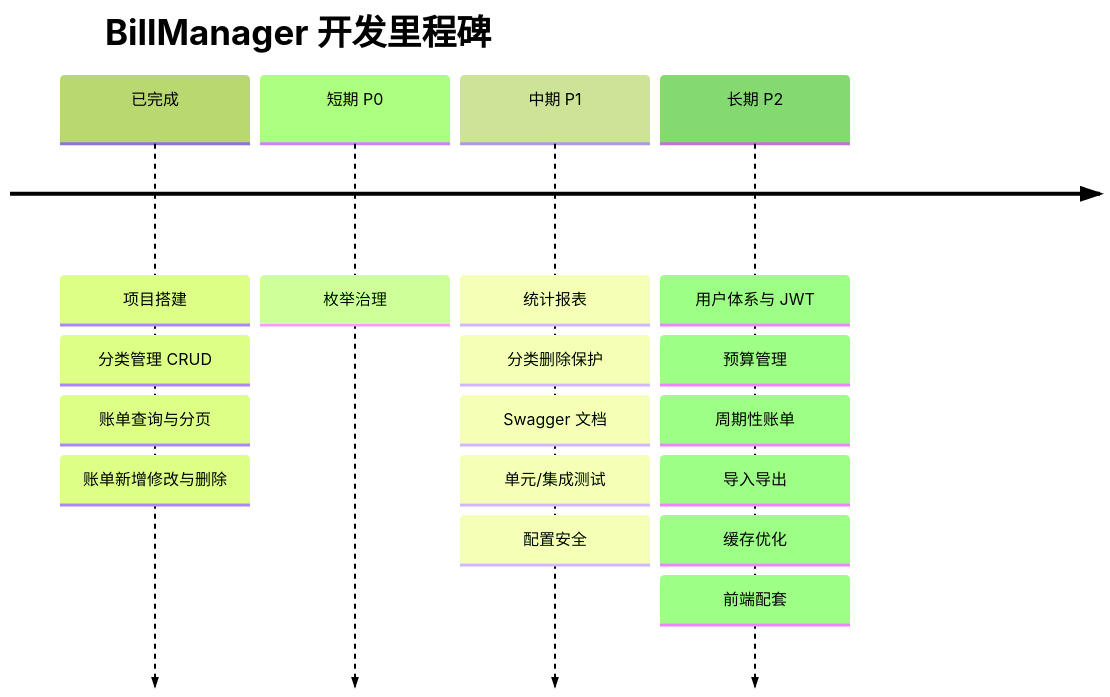
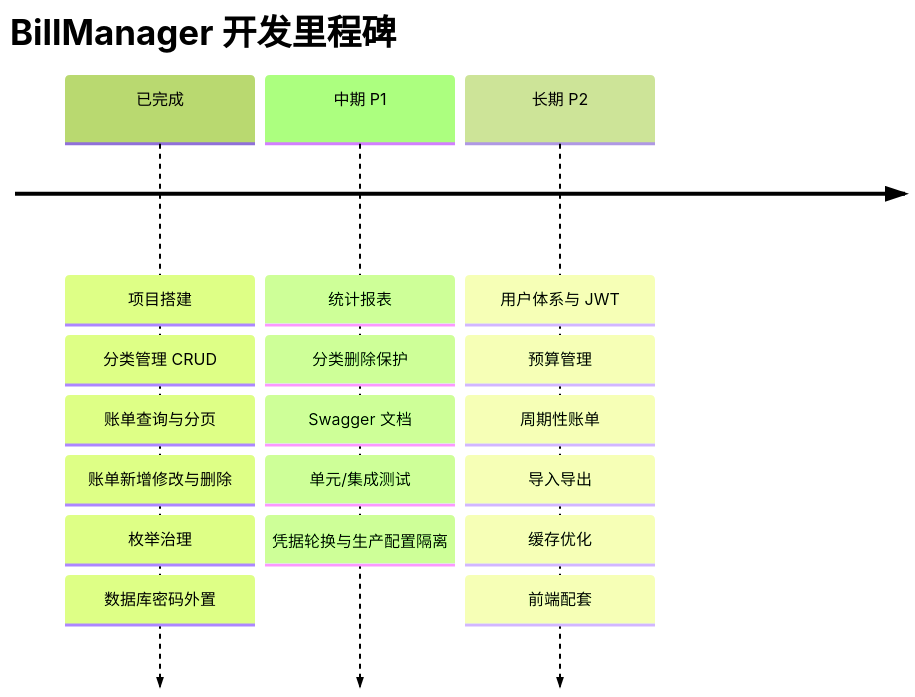
The diagram in docs/未来开发规划.md (19604557341/BillManager), drawn with Mermaid (forest theme) before and after one commit. The commit also changed other lines of this file and 5 other files, not shown here.

````diff
--- a/docs/未来开发规划.md
+++ b/docs/未来开发规划.md
@@ -112,8 +127,7 @@
 ```mermaid
 timeline
     title BillManager 开发里程碑
-    已完成 : 项目搭建 : 分类管理 CRUD : 账单查询与分页 : 账单新增修改与删除
-    短期 P0 : 枚举治理
-    中期 P1 : 统计报表 : 分类删除保护 : Swagger 文档 : 单元/集成测试 : 配置安全
+    已完成 : 项目搭建 : 分类管理 CRUD : 账单查询与分页 : 账单新增修改与删除 : 枚举治理 : 数据库密码外置
+    中期 P1 : 统计报表 : 分类删除保护 : Swagger 文档 : 单元/集成测试 : 凭据轮换与生产配置隔离
     长期 P2 : 用户体系与 JWT : 预算管理 : 周期性账单 : 导入导出 : 缓存优化 : 前端配套
 ```
````
